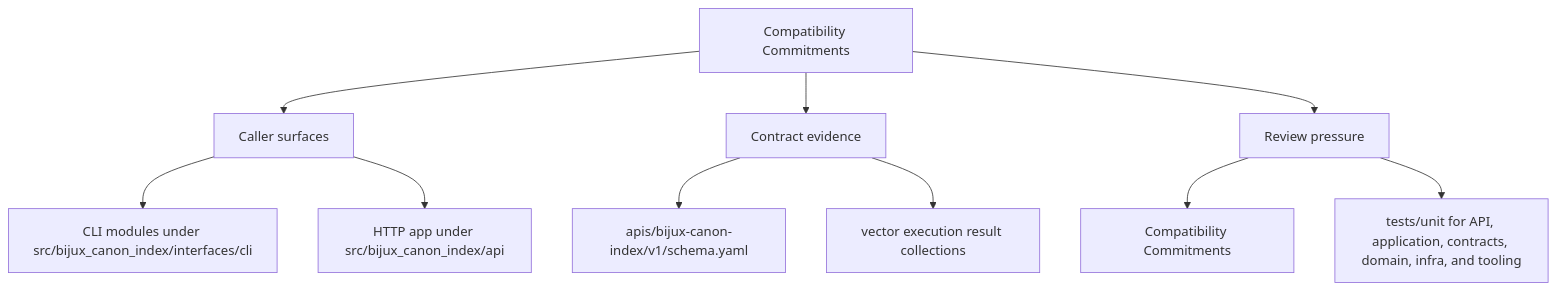
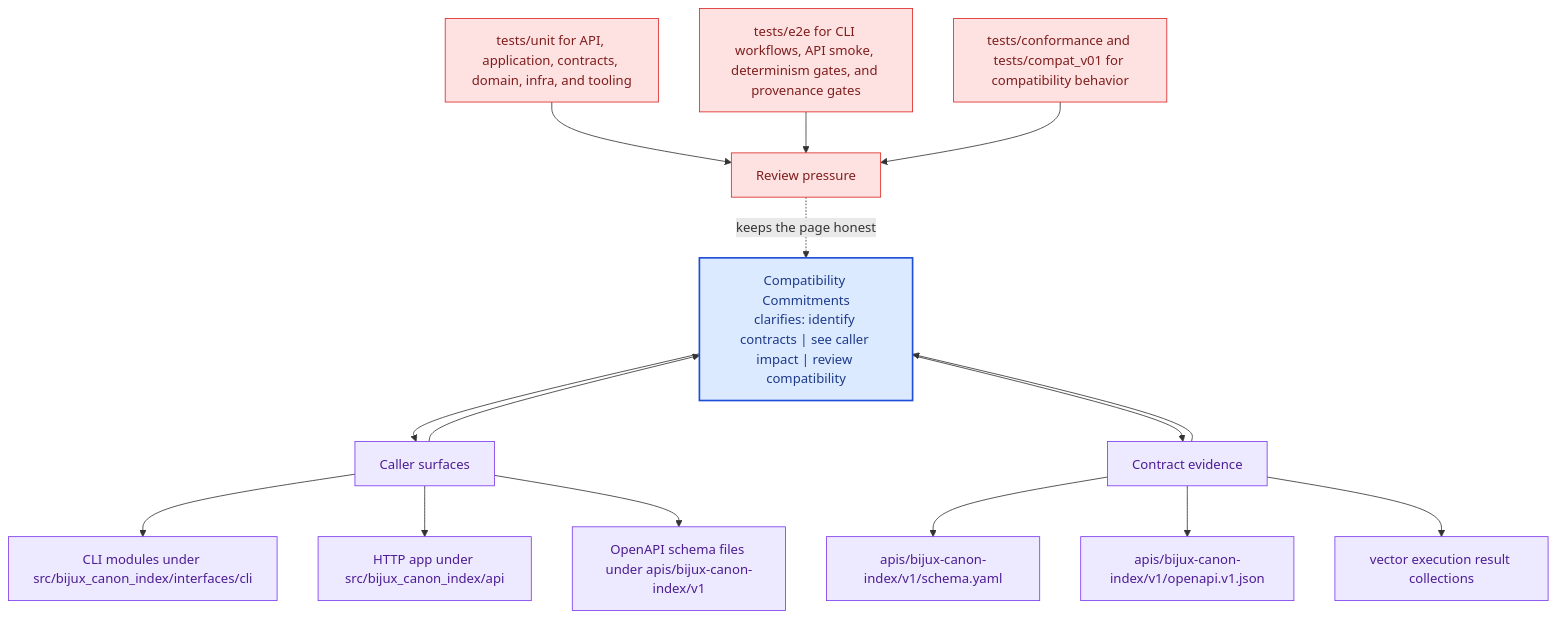
The second of 2 diagrams in docs/bijux-canon-index/interfaces/compatibility-commitments.md (bijux/bijux-canon), drawn with Mermaid before and after one commit. The commit also changed other lines of this file and 281 other files, not shown here.

Commit message:
docs(diagrams): deepen handbook mermaid maps across the catalog

````diff
--- a/docs/bijux-canon-index/interfaces/compatibility-commitments.md
+++ b/docs/bijux-canon-index/interfaces/compatibility-commitments.md
@@ -35,22 +68,41 @@
 ```mermaid
-flowchart TD
-    page["Compatibility Commitments"]
+flowchart TB
+    promise["Compatibility Commitments<br/>clarifies: identify contracts | see caller impact | review compatibility"]
+    classDef promise fill:#dbeafe,stroke:#1d4ed8,color:#1e3a8a,stroke-width:2px;
+    classDef driver fill:#dcfce7,stroke:#16a34a,color:#14532d;
+    classDef constraint fill:#fee2e2,stroke:#dc2626,color:#7f1d1d;
+    classDef ground fill:#ede9fe,stroke:#7c3aed,color:#4c1d95;
     focus1["Caller surfaces"]
-    page --> focus1
+    focus1 --> promise
+    promise --> focus1
     focus1_1["CLI modules under src/bijux_canon_index/interfaces/cli"]
     focus1 --> focus1_1
     focus1_2["HTTP app under src/bijux_canon_index/api"]
     focus1 --> focus1_2
+    focus1_3["OpenAPI schema files under apis/bijux-canon-index/v1"]
+    focus1 --> focus1_3
+    class focus1 ground;
+    class focus1_1,focus1_2,focus1_3 ground;
     focus2["Contract evidence"]
-    page --> focus2
+    focus2 --> promise
+    promise --> focus2
     focus2_1["apis/bijux-canon-index/v1/schema.yaml"]
     focus2 --> focus2_1
-    focus2_2["vector execution result collections"]
+    focus2_2["apis/bijux-canon-index/v1/openapi.v1.json"]
     focus2 --> focus2_2
+    focus2_3["vector execution result collections"]
+    focus2 --> focus2_3
+    class focus2 ground;
+    class focus2_1,focus2_2,focus2_3 ground;
     focus3["Review pressure"]
-    page --> focus3
-    focus3_1["Compatibility Commitments"]
-    focus3 --> focus3_1
-    focus3_2["tests/unit for API, application, contracts, domain, infra, and tooling"]
-    focus3 --> focus3_2
+    focus3 -.keeps the page honest.-> promise
+    focus3_1["tests/unit for API, application, contracts, domain, infra, and tooling"]
+    focus3_1 --> focus3
+    focus3_2["tests/e2e for CLI workflows, API smoke, determinism gates, and provenance gates"]
+    focus3_2 --> focus3
+    focus3_3["tests/conformance and tests/compat_v01 for compatibility behavior"]
+    focus3_3 --> focus3
+    class focus3 constraint;
+    class focus3_1,focus3_2,focus3_3 constraint;
+    class promise promise;
 ```
````
